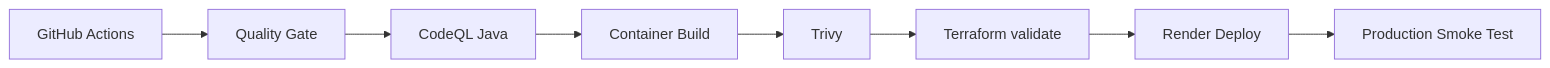
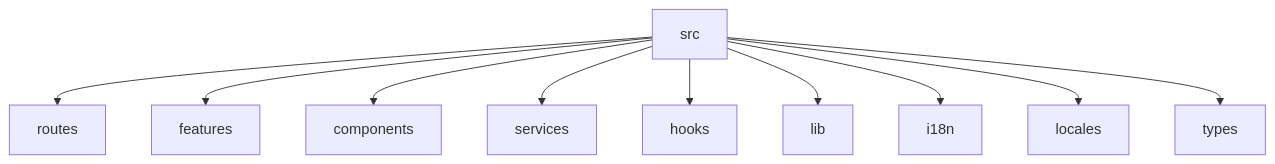
The ninth of 19 diagrams in lisource-frontend/README.md (lisudea/technical-test-2026-2), drawn with Mermaid before and after one commit. The commit also changed other lines of this file and 1 other file, not shown here.

````diff
--- a/lisource-frontend/README.md
+++ b/lisource-frontend/README.md
@@ -450,10 +390,12 @@
 ```mermaid
-flowchart LR
-  GitHub[GitHub Actions] --> CI[Quality Gate]
-  CI --> CodeQL[CodeQL Java]
-  CodeQL --> Build[Container Build]
-  Build --> Trivy[Trivy]
-  Trivy --> TF[Terraform validate]
-  TF --> Render[Render Deploy]
-  Render --> Smoke[Production Smoke Test]
+flowchart TB
+  Root[src] --> Routes[routes]
+  Root --> Features[features]
+  Root --> Components[components]
+  Root --> Services[services]
+  Root --> Hooks[hooks]
+  Root --> Lib[lib]
+  Root --> I18n[i18n]
+  Root --> Locales[locales]
+  Root --> Types[types]
 ```
````
